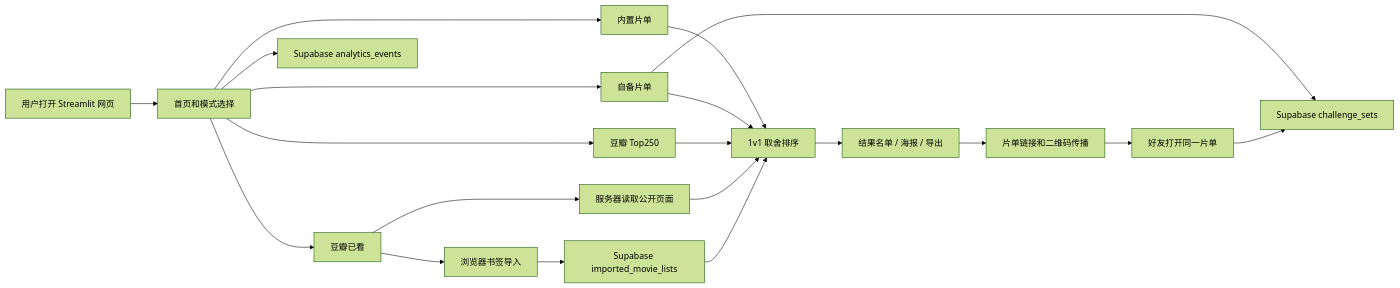
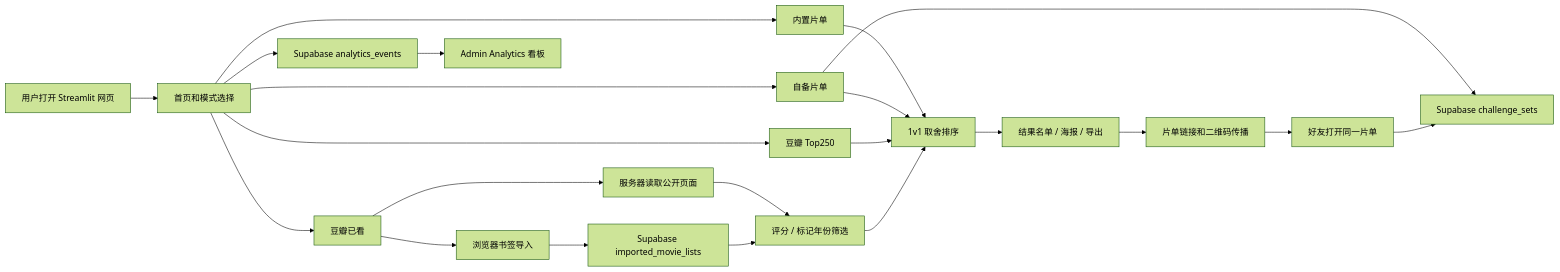
One commit to Atirian-Chen/Sort_FilmsGame changed the diagram in README.md. Above: the diagram before and after it, drawn with Mermaid (forest theme). The commit also changed other lines of this file and 1 other file, not shown here.

````diff
--- a/README.md
+++ b/README.md
@@ -84,22 +86,24 @@
 ```mermaid
 flowchart LR
   A["用户打开 Streamlit 网页"] --> B["首页和模式选择"]
   B --> C["内置片单"]
   B --> D["自备片单"]
   B --> E["豆瓣 Top250"]
   B --> F["豆瓣已看"]
   F --> G["服务器读取公开页面"]
   F --> H["浏览器书签导入"]
+  G --> P["评分 / 标记年份筛选"]
+  H --> J["Supabase imported_movie_lists"]
+  J --> P
   C --> I["1v1 取舍排序"]
   D --> I
   E --> I
-  G --> I
-  H --> J["Supabase imported_movie_lists"]
-  J --> I
+  P --> I
   I --> K["结果名单 / 海报 / 导出"]
   K --> L["片单链接和二维码传播"]
   L --> M["好友打开同一片单"]
   B --> N["Supabase analytics_events"]
+  N --> Q["Admin Analytics 看板"]
   D --> O["Supabase challenge_sets"]
   M --> O
 ```
````
